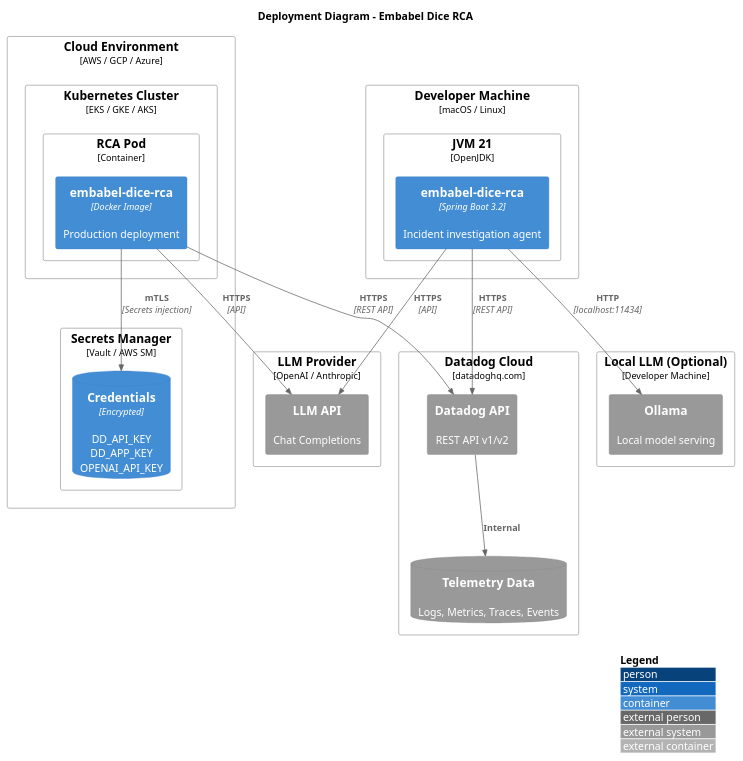
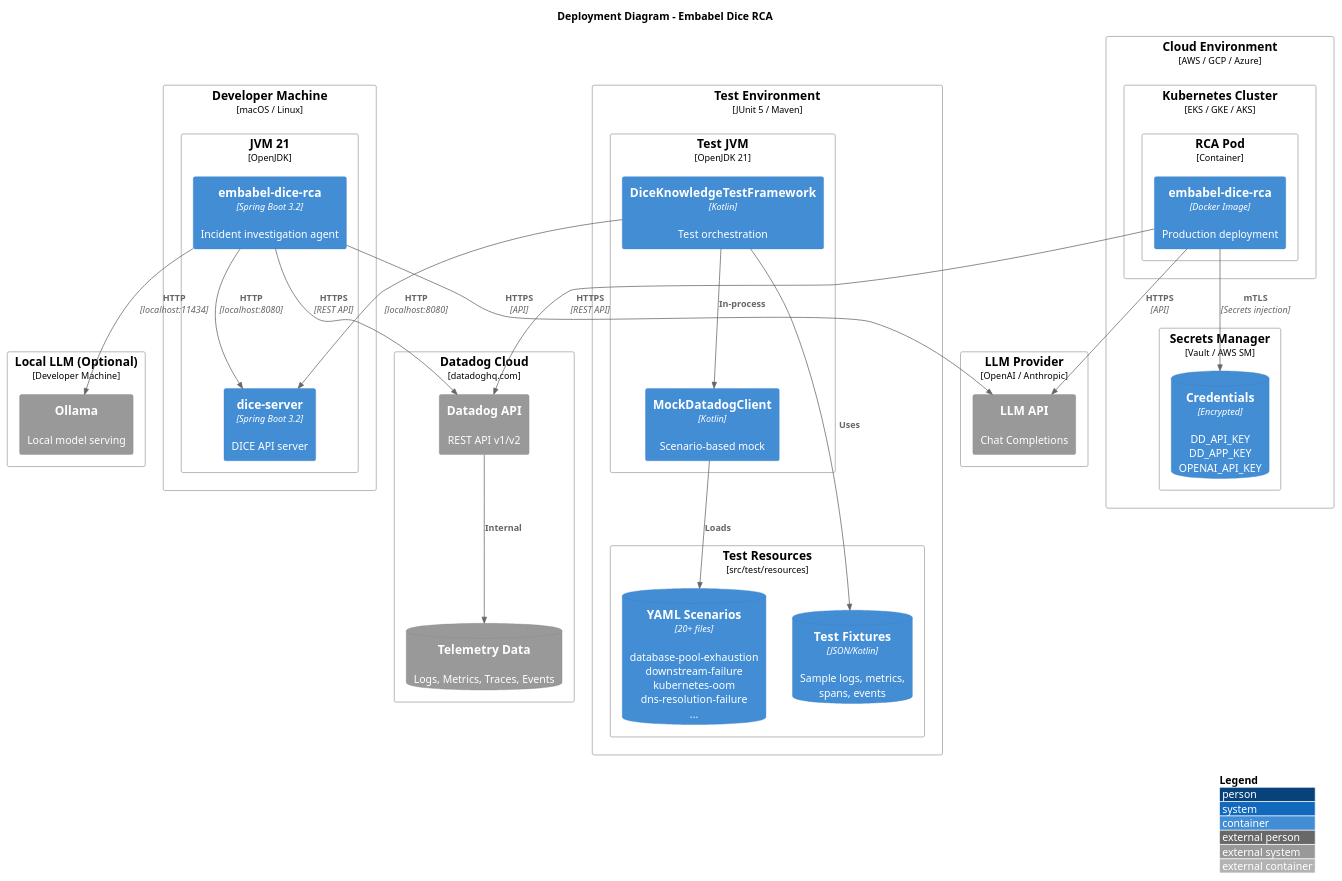
The diagram in embabel-dice-rca/docs/architecture/c4-deployment.puml (menkelabs/datadog-drilldown), drawn with PlantUML before and after one commit. The commit also changed 5 other files, not shown here.

First line of the commit message:
Align PlantUML diagrams with new DICE-based testing framework

```diff
--- a/embabel-dice-rca/docs/architecture/c4-deployment.puml
+++ b/embabel-dice-rca/docs/architecture/c4-deployment.puml
@@ -1,49 +1,69 @@
 @startuml C4_Deployment
 !include https://raw.githubusercontent.com/plantuml-stdlib/C4-PlantUML/master/C4_Deployment.puml
 
 LAYOUT_WITH_LEGEND()
 
 title Deployment Diagram - Embabel Dice RCA
 
 Deployment_Node(dev_machine, "Developer Machine", "macOS / Linux") {
     Deployment_Node(jvm, "JVM 21", "OpenJDK") {
         Container(rca_app, "embabel-dice-rca", "Spring Boot 3.2", "Incident investigation agent")
+        Container(dice_server, "dice-server", "Spring Boot 3.2", "DICE API server")
+    }
+}
+
+Deployment_Node(test_env, "Test Environment", "JUnit 5 / Maven") {
+    Deployment_Node(test_jvm, "Test JVM", "OpenJDK 21") {
+        Container(test_framework, "DiceKnowledgeTestFramework", "Kotlin", "Test orchestration")
+        Container(mock_datadog, "MockDatadogClient", "Kotlin", "Scenario-based mock")
+    }
+    Deployment_Node(test_resources, "Test Resources", "src/test/resources") {
+        ContainerDb(yaml_scenarios, "YAML Scenarios", "20+ files", "database-pool-exhaustion\ndownstream-failure\nkubernetes-oom\ndns-resolution-failure\n...")
+        ContainerDb(test_fixtures, "Test Fixtures", "JSON/Kotlin", "Sample logs, metrics,\nspans, events")
     }
 }
 
 Deployment_Node(cloud, "Cloud Environment", "AWS / GCP / Azure") {
     Deployment_Node(k8s, "Kubernetes Cluster", "EKS / GKE / AKS") {
         Deployment_Node(pod, "RCA Pod", "Container") {
             Container(rca_prod, "embabel-dice-rca", "Docker Image", "Production deployment")
         }
     }
     
     Deployment_Node(secrets, "Secrets Manager", "Vault / AWS SM") {
         ContainerDb(creds, "Credentials", "Encrypted", "DD_API_KEY\nDD_APP_KEY\nOPENAI_API_KEY")
     }
 }
 
 Deployment_Node(datadog_cloud, "Datadog Cloud", "datadoghq.com") {
     System_Ext(dd_api, "Datadog API", "REST API v1/v2")
     SystemDb_Ext(dd_data, "Telemetry Data", "Logs, Metrics, Traces, Events")
 }
 
 Deployment_Node(llm_cloud, "LLM Provider", "OpenAI / Anthropic") {
     System_Ext(llm_api, "LLM API", "Chat Completions")
 }
 
 Deployment_Node(local_llm, "Local LLM (Optional)", "Developer Machine") {
     System_Ext(ollama, "Ollama", "Local model serving")
 }
 
+' Production relationships
 Rel(rca_app, dd_api, "HTTPS", "REST API")
 Rel(rca_app, llm_api, "HTTPS", "API")
 Rel(rca_app, ollama, "HTTP", "localhost:11434")
+Rel(rca_app, dice_server, "HTTP", "localhost:8080")
 
 Rel(rca_prod, dd_api, "HTTPS", "REST API")
 Rel(rca_prod, llm_api, "HTTPS", "API")
 Rel(rca_prod, creds, "mTLS", "Secrets injection")
 
 Rel(dd_api, dd_data, "Internal")
 
+' Test environment relationships
+Rel(test_framework, dice_server, "HTTP", "localhost:8080")
+Rel(test_framework, mock_datadog, "In-process", "")
+Rel(mock_datadog, yaml_scenarios, "Loads", "")
+Rel(test_framework, test_fixtures, "Uses", "")
+
 @enduml
```
